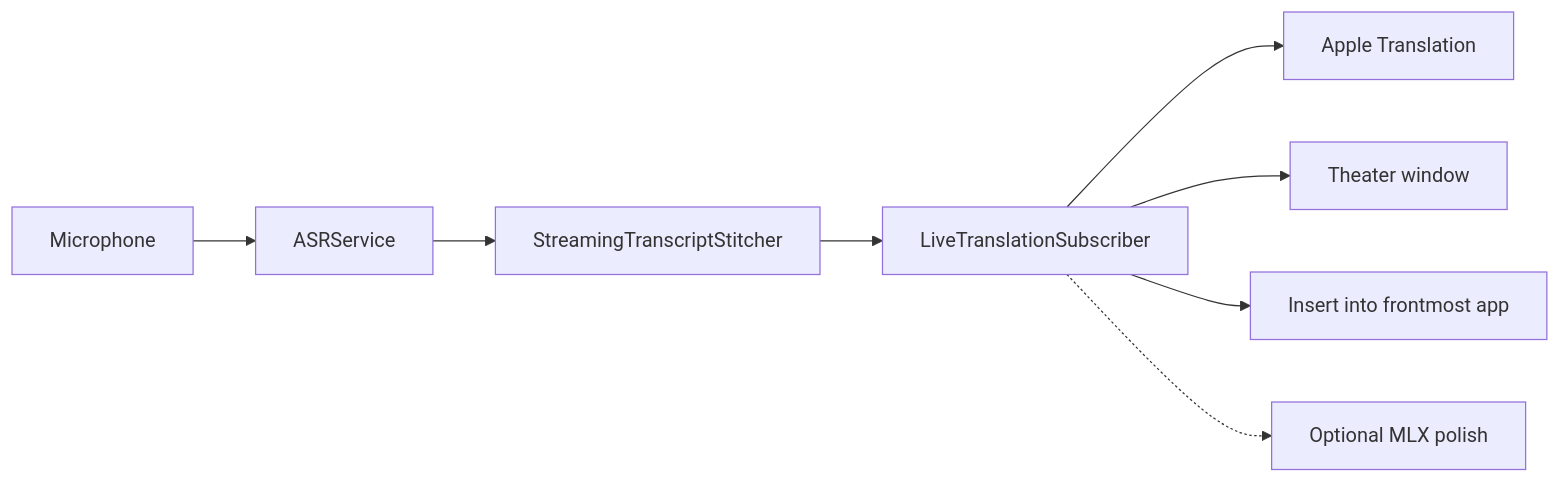
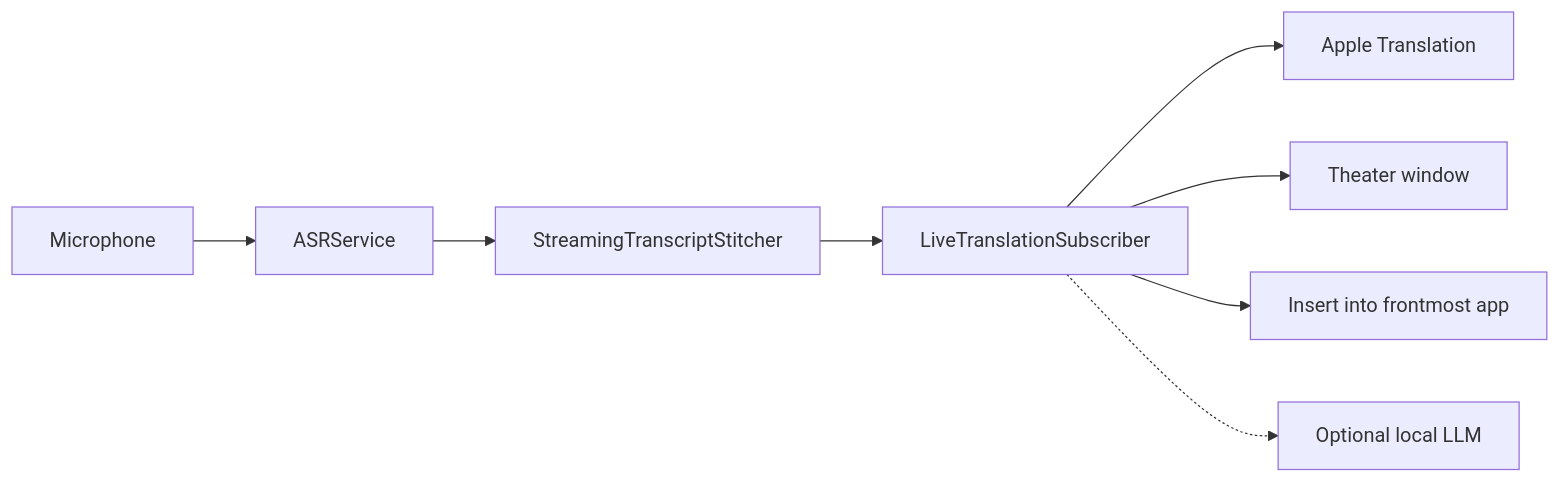
Before and after one commit to chrisswimlee/fluidSubtitles: the diagram in docs/ARCHITECTURE.md, drawn with Mermaid. The commit also changed other lines of this file and 105 other files, not shown here.

````diff
--- a/docs/ARCHITECTURE.md
+++ b/docs/ARCHITECTURE.md
@@ -5,10 +5,10 @@
 ```mermaid
 flowchart LR
   mic[Microphone] --> asr[ASRService]
   asr --> stitcher[StreamingTranscriptStitcher]
   stitcher --> subscriber[LiveTranslationSubscriber]
   subscriber --> apple[Apple Translation]
   subscriber --> theater[Theater window]
   subscriber --> insert[Insert into frontmost app]
-  subscriber -.-> mlx[Optional MLX polish]
+  subscriber -.-> mlx[Optional local LLM]
 ```
````
